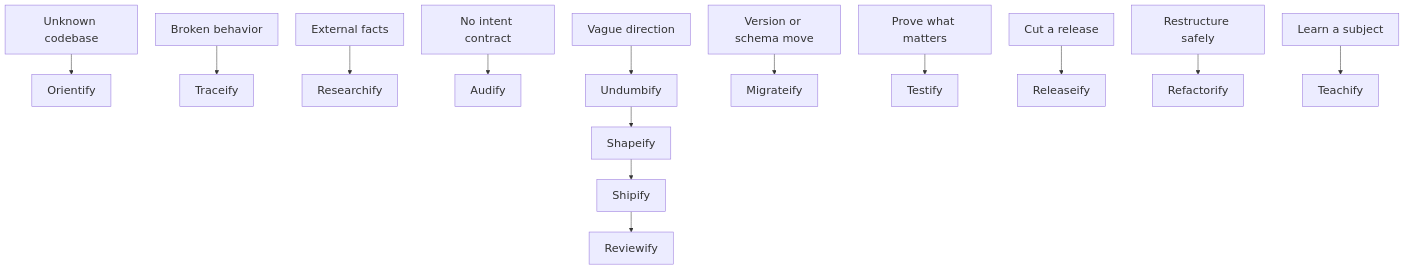
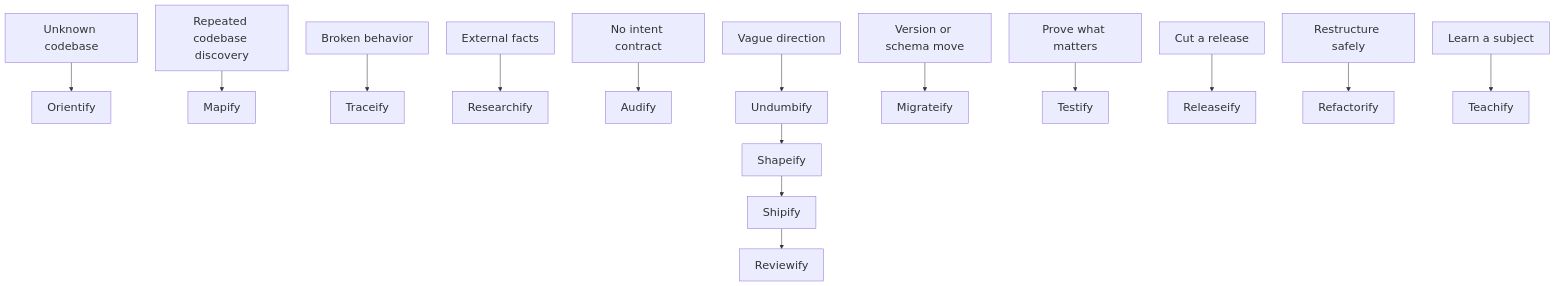
The second of 2 diagrams in README.md (trykA123/skillify), drawn with Mermaid before and after one commit. The commit also changed other lines of this file and 77 other files, not shown here.

First line of the commit message:
feat: add Mapify, a sparse verified codebase map

````diff
--- a/README.md
+++ b/README.md
@@ -201,14 +202,15 @@
 ```mermaid
 %%{init: {"themeVariables": {"fontSize": "22px"}, "flowchart": {"nodeSpacing": 35, "rankSpacing": 40}}}%%
 flowchart TB
     Unknown[Unknown codebase] --> Orientify
+    Repeated[Repeated codebase discovery] --> Mapify
     Broken[Broken behavior] --> Traceify
     External[External facts] --> Researchify
     NoContract[No intent contract] --> Audify
     Vague[Vague direction] --> Undumbify --> Shapeify --> Shipify --> Reviewify
     Upgrade[Version or schema move] --> Migrateify
     Tests[Prove what matters] --> Testify
     Ship[Cut a release] --> Releaseify
     Cleanup[Restructure safely] --> Refactorify
     Learn[Learn a subject] --> Teachify
 ```
````
